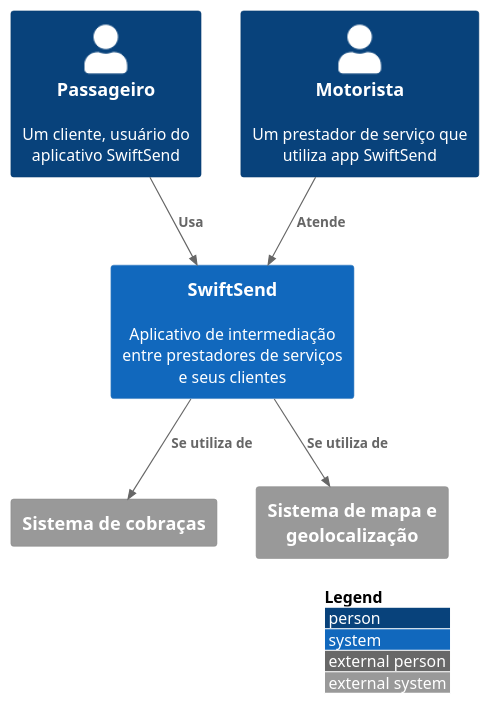
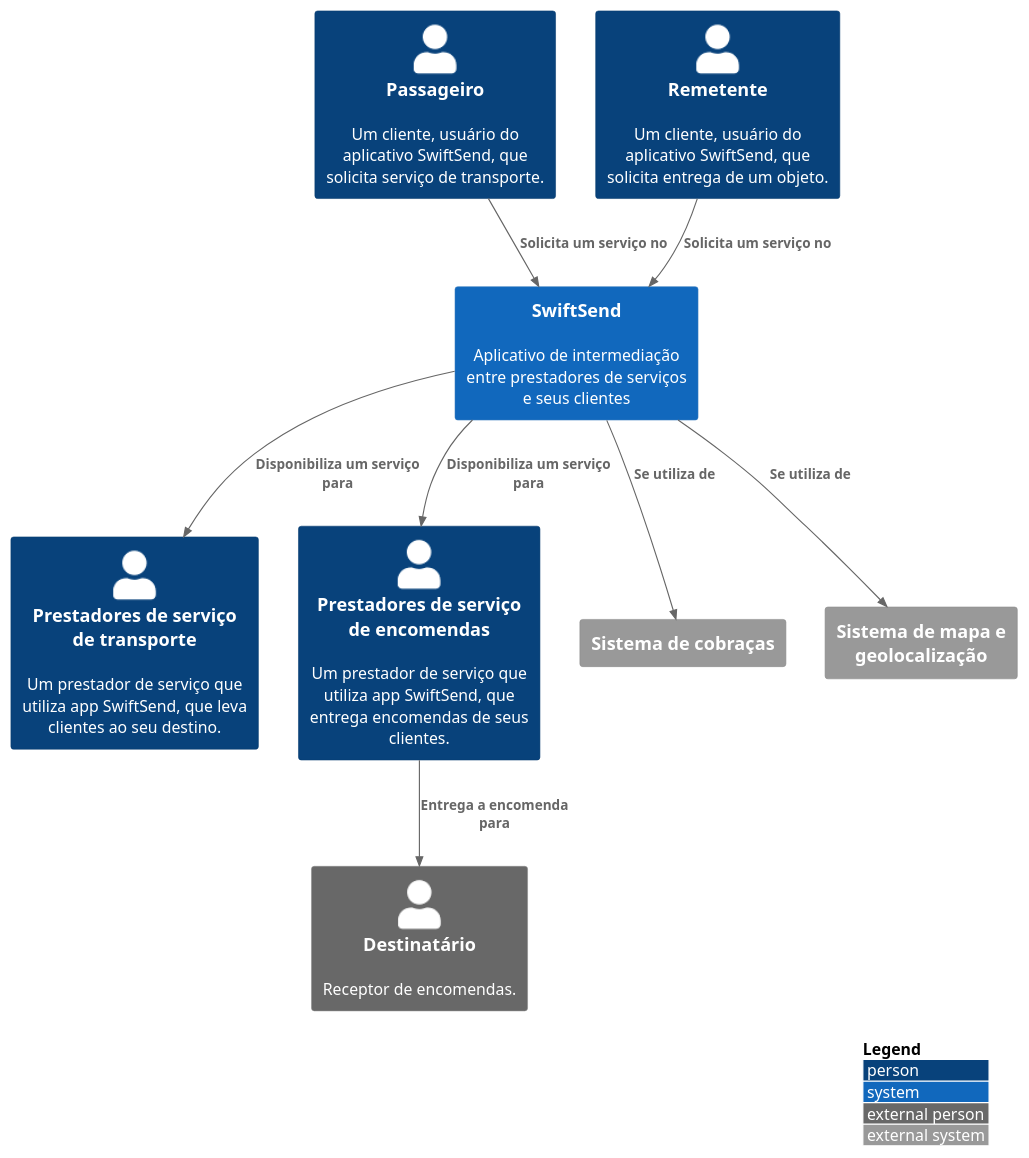
One commit to 43D/SwitfSend_C4Builder changed the diagram in src/context.puml. Above: the diagram before and after it, drawn with PlantUML. The commit also changed 5 other files, not shown here.

```diff
--- a/src/context.puml
+++ b/src/context.puml
@@ -1,16 +1,22 @@
 @startuml
 !include https://raw.githubusercontent.com/adrianvlupu/C4-PlantUML/latest/C4_Context.puml
 
 LAYOUT_WITH_LEGEND()
 
-Person(passageiro, "Passageiro", "Um cliente, usuário do aplicativo SwiftSend")
-Person(motorista, "Motorista", "Um prestador de serviço que utiliza app SwiftSend")
+Person(passageiro, "Passageiro", "Um cliente, usuário do aplicativo SwiftSend, que solicita serviço de transporte.")
+Person(remetente, "Remetente", "Um cliente, usuário do aplicativo SwiftSend, que solicita entrega de um objeto.")
+Person(prestadorTrans, "Prestadores de serviço de transporte", "Um prestador de serviço que utiliza app SwiftSend, que leva clientes ao seu destino.")
+Person(prestadorEncon, "Prestadores de serviço de encomendas", "Um prestador de serviço que utiliza app SwiftSend, que entrega encomendas de seus clientes.")
+Person_Ext(destinatario, "Destinatário", "Receptor de encomendas.")
 System(swift, "SwiftSend", "Aplicativo de intermediação entre prestadores de serviços e seus clientes")
 System_Ext(bank, "Sistema de cobraças")
 System_Ext(gps, "Sistema de mapa e geolocalização")
 
-Rel(passageiro, swift, "Usa")
-Rel(motorista, swift, "Atende")
+Rel(passageiro, swift, "Solicita um serviço no")
+Rel(remetente, swift, "Solicita um serviço no")
+Rel(swift, prestadorTrans, "Disponibiliza um serviço para")
+Rel(swift, prestadorEncon, "Disponibiliza um serviço para")
+Rel(prestadorEncon, destinatario, "Entrega a encomenda para")
 Rel(swift, bank, "Se utiliza de")
 Rel(swift, gps, "Se utiliza de")
 @enduml
```
